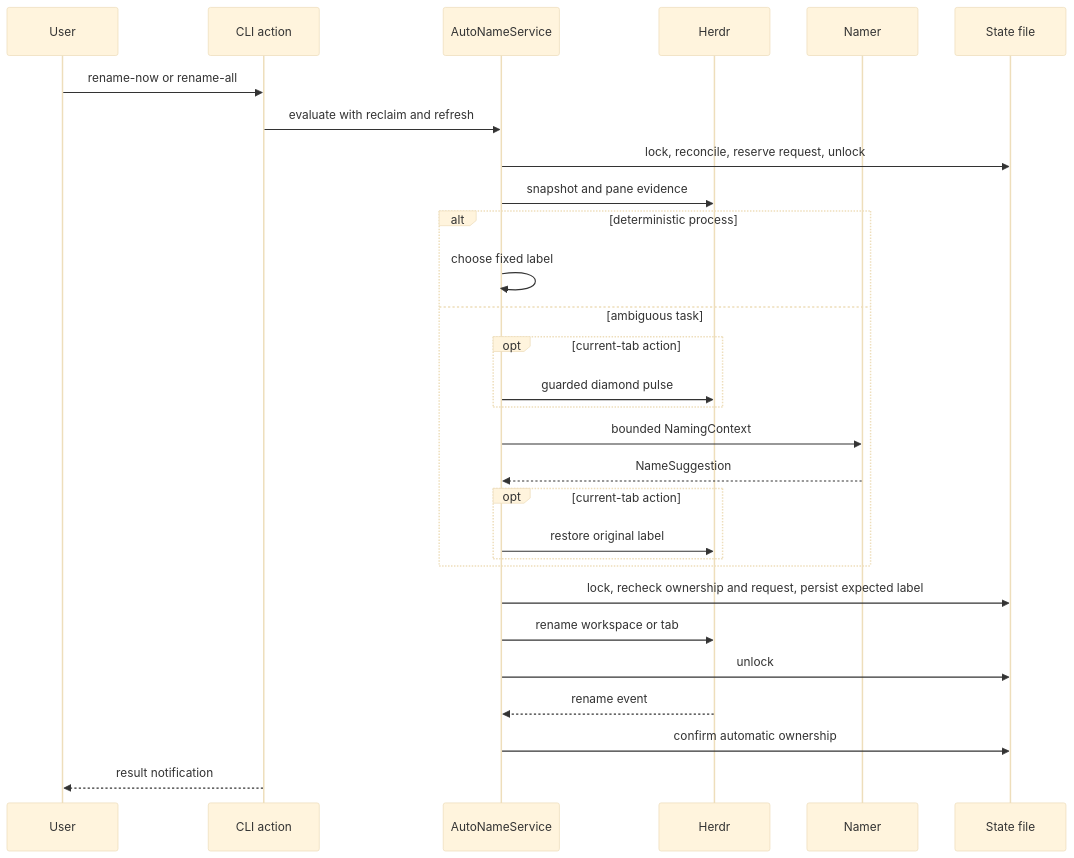
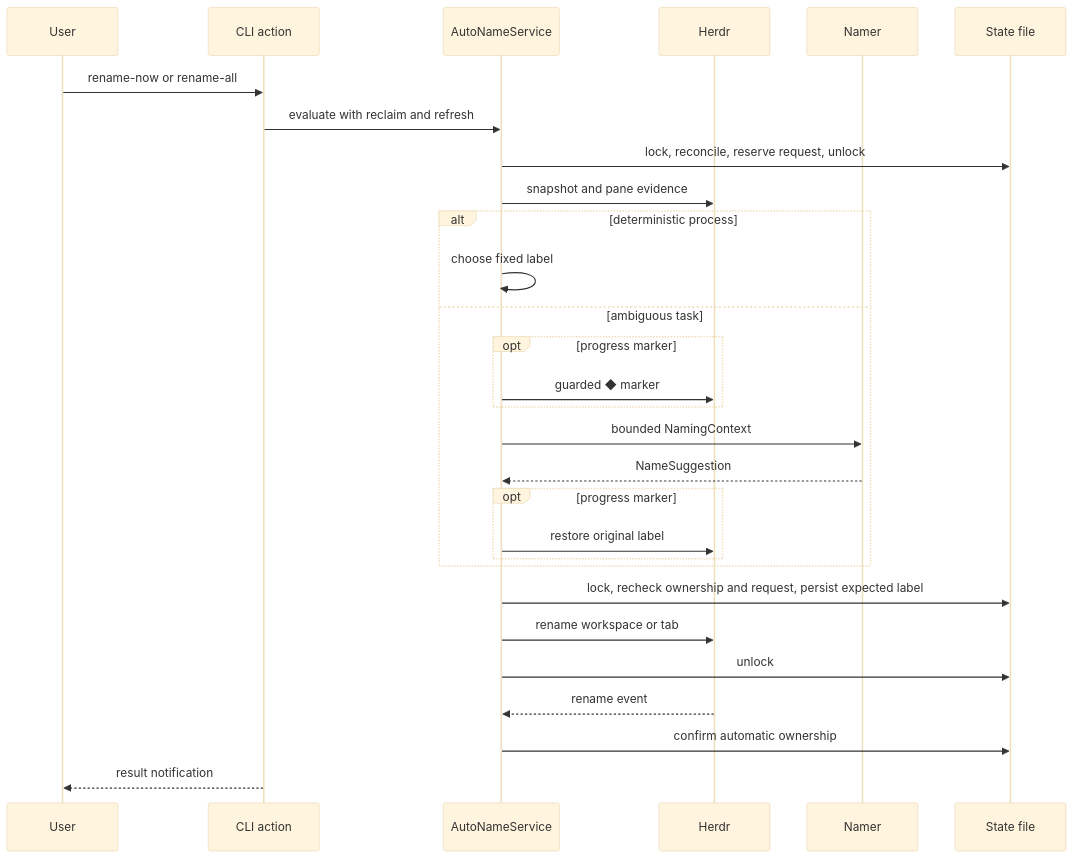
Before and after one commit to iurysza/herdr-tab-smart-rename: the second of 2 diagrams in ai-artifacts/SEMANTIC_MAP.md, drawn with Mermaid (base theme). The commit also changed other lines of this file and 15 other files, not shown here.

````diff
--- a/ai-artifacts/SEMANTIC_MAP.md
+++ b/ai-artifacts/SEMANTIC_MAP.md
@@ -65,32 +65,32 @@
 ```mermaid
 sequenceDiagram
     participant U as User
     participant C as CLI action
     participant S as AutoNameService
     participant H as Herdr
     participant N as Namer
     participant F as State file
 
     U->>C: rename-now or rename-all
     C->>S: evaluate with reclaim and refresh
     S->>F: lock, reconcile, reserve request, unlock
     S->>H: snapshot and pane evidence
     alt deterministic process
         S->>S: choose fixed label
     else ambiguous task
-        opt current-tab action
-            S->>H: guarded diamond pulse
+        opt progress marker
+            S->>H: guarded ◆ marker
         end
         S->>N: bounded NamingContext
         N-->>S: NameSuggestion
-        opt current-tab action
+        opt progress marker
             S->>H: restore original label
         end
     end
     S->>F: lock, recheck ownership and request, persist expected label
     S->>H: rename workspace or tab
     S->>F: unlock
     H-->>S: rename event
     S->>F: confirm automatic ownership
     C-->>U: result notification
 ```
````
